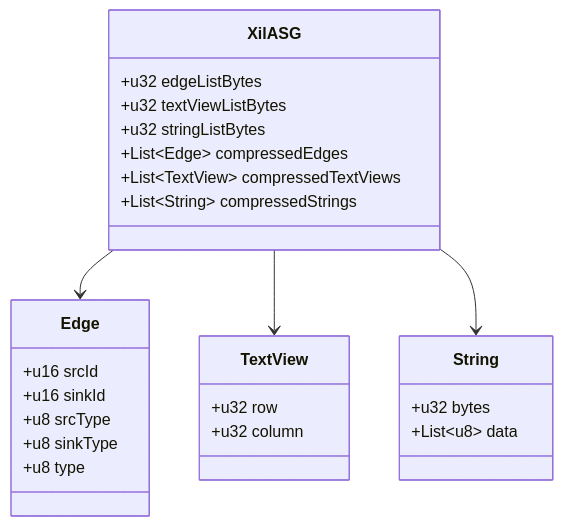
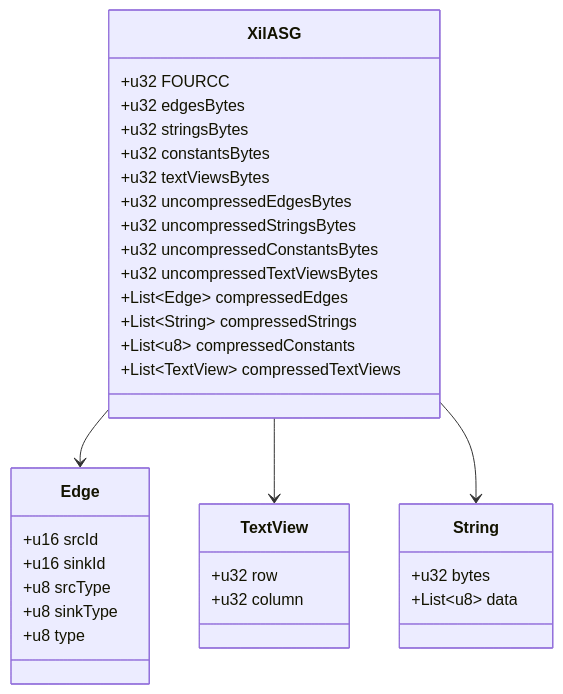
One commit to tak2004/xil changed the diagram in README.md. Above: the diagram before and after it, drawn with Mermaid. The commit also changed other lines of this file, not shown here.

````diff
--- a/README.md
+++ b/README.md
@@ -31,33 +31,40 @@
 ```mermaid
 classDiagram
     class XilASG {
-        +u32 edgeListBytes
-        +u32 textViewListBytes
-        +u32 stringListBytes
+        +u32 FOURCC
+        +u32 edgesBytes        
+        +u32 stringsBytes
+        +u32 constantsBytes
+        +u32 textViewsBytes
+        +u32 uncompressedEdgesBytes        
+        +u32 uncompressedStringsBytes
+        +u32 uncompressedConstantsBytes
+        +u32 uncompressedTextViewsBytes
         +List~Edge~ compressedEdges
+        +List~String~ compressedStrings
+        +List~u8~ compressedConstants
         +List~TextView~ compressedTextViews
-        +List~String~ compressedStrings
     }
     
     class Edge {
         +u16 srcId
         +u16 sinkId
         +u8 srcType
         +u8 sinkType
         +u8 type
     }
     
     class TextView {
         +u32 row
         +u32 column
     }
     
     class String {
         +u32 bytes
         +List~u8~ data
     }
     
     XilASG --> Edge
     XilASG --> TextView
     XilASG --> String
 ```
````
